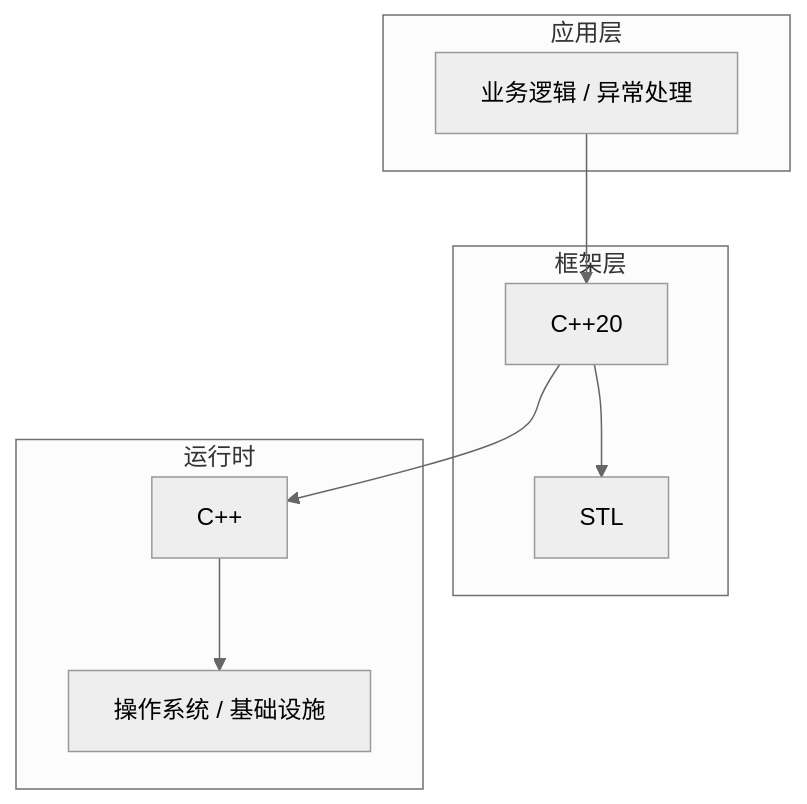
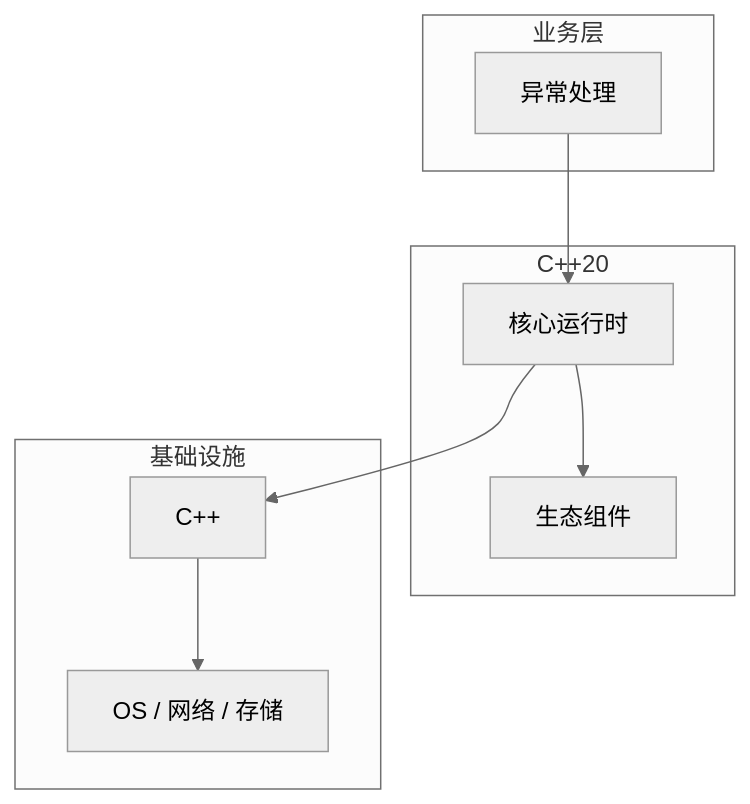
One commit to yanggan2015/knowledge-json-v2 changed the diagram in articles/C++/chapters/110-异常处理核心概念与原理.md. Above: the diagram before and after it, drawn with Mermaid (neutral theme). The commit also changed other lines of this file and 10127 other files, not shown here.

````diff
--- a/articles/C++/chapters/110-异常处理核心概念与原理.md
+++ b/articles/C++/chapters/110-异常处理核心概念与原理.md
@@ -45,18 +34,18 @@
 ```mermaid
 graph TB
-    subgraph 应用层
-        A[业务逻辑 / 异常处理]
+    subgraph 业务层
+        A[异常处理]
     end
-    subgraph 框架层
-        B[C++20]
-        C[STL]
+    subgraph C++20
+        B[核心运行时]
+        C[生态组件]
     end
-    subgraph 运行时
+    subgraph 基础设施
         D[C++]
-        E[操作系统 / 基础设施]
+        E[OS / 网络 / 存储]
     end
     A --> B
     B --> C
     B --> D
     D --> E
 ```
````
